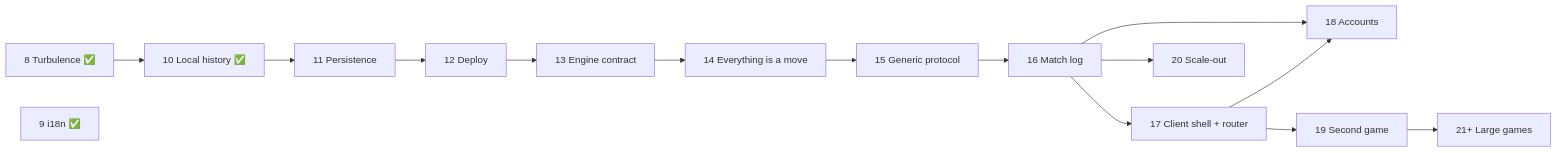
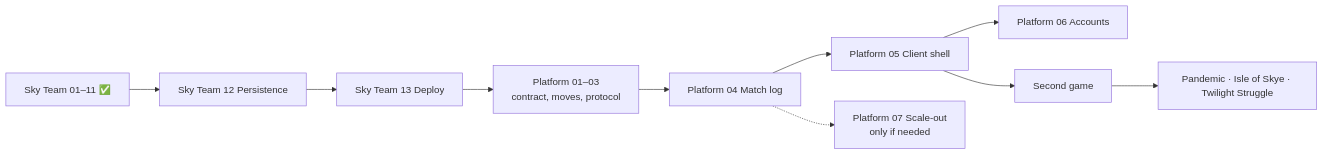
One commit to thawmisntme4081/boardgame changed the diagram in docs/PLAN.md. Above: the diagram before and after it, drawn with Mermaid. The commit also changed other lines of this file and 33 other files, not shown here.

````diff
--- a/docs/PLAN.md
+++ b/docs/PLAN.md
@@ -64,13 +34,10 @@
 ```mermaid
 flowchart LR
-  P8[8 Turbulence ✅] --> P10[10 Local history ✅]
-  P9[9 i18n ✅]
-  P10 --> P11[11 Persistence] --> P12[12 Deploy]
-  P12 --> P13[13 Engine contract] --> P14[14 Everything is a move] --> P15[15 Generic protocol]
-  P15 --> P16[16 Match log] --> P17[17 Client shell + router]
-  P16 --> P18[18 Accounts]
-  P17 --> P18
-  P17 --> P19[19 Second game]
-  P19 --> P21[21+ Large games]
-  P16 --> P20[20 Scale-out]
+  ST[Sky Team 01–11 ✅] --> ST12[Sky Team 12 Persistence] --> ST13[Sky Team 13 Deploy]
+  ST13 --> P1[Platform 01–03<br/>contract, moves, protocol]
+  P1 --> P4[Platform 04 Match log] --> P5[Platform 05 Client shell]
+  P5 --> P6[Platform 06 Accounts]
+  P5 --> G2[Second game]
+  G2 --> BIG[Pandemic · Isle of Skye · Twilight Struggle]
+  P4 -.-> P7[Platform 07 Scale-out<br/>only if needed]
 ```
````
